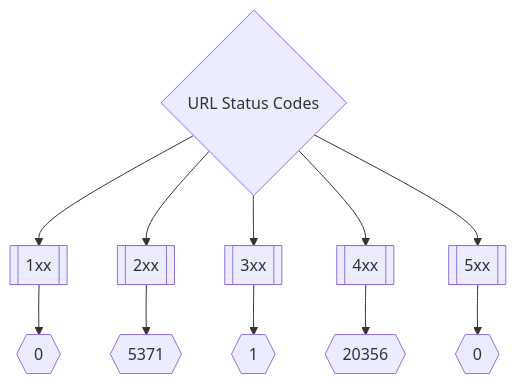
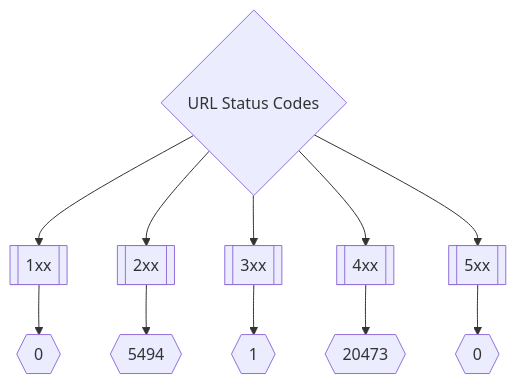
Before and after one commit to trickest/inventory: the second of 3 diagrams in README.md, drawn with Mermaid. The commit also changed other lines of this file and 105 other files, not shown here.

````diff
--- a/README.md
+++ b/README.md
@@ -173,8 +173,8 @@
 ```mermaid
 graph TD
 title{URL Status Codes} --> 1xx[[1xx]] --> status1xxNum{{0}}
-title --> 2xx[[2xx]] --> status2xxNum{{5371}}
+title --> 2xx[[2xx]] --> status2xxNum{{5494}}
 title --> 3xx[[3xx]] --> status3xxNum{{1}}
-title --> 4xx[[4xx]] --> status4xxNum{{20356}}
+title --> 4xx[[4xx]] --> status4xxNum{{20473}}
 title --> 5xx[[5xx]] --> status5xxNum{{0}}
 ```
````
